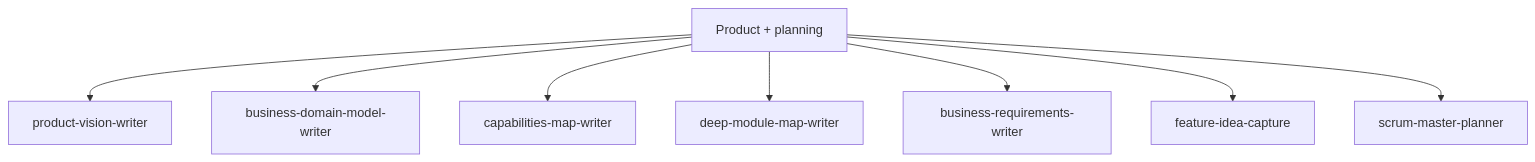
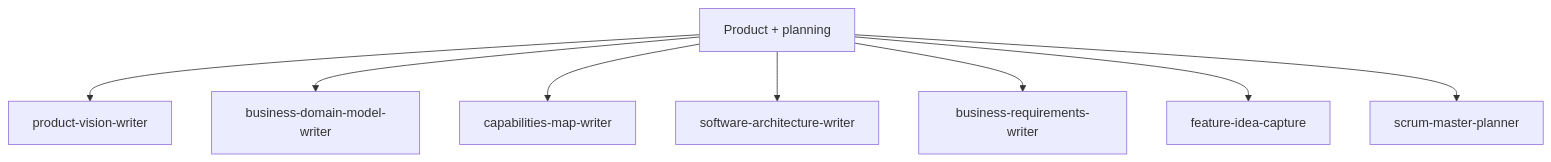
The second of 5 diagrams in README.md (juank11memphis/ai-augmented-workflow), drawn with Mermaid before and after one commit. The commit also changed other lines of this file and 57 other files, not shown here.

First line of the commit message:
feat!: replace architecture and feature design workflows with SAD and SDD

````diff
--- a/README.md
+++ b/README.md
@@ -151,11 +151,11 @@
 ```mermaid
 flowchart TB
   product["Product + planning"]
   product --> productVision["product-vision-writer"]
   product --> businessDomainModel["business-domain-model-writer"]
   product --> capabilitiesMap["capabilities-map-writer"]
-  product --> deepModuleMap["deep-module-map-writer"]
+  product --> deepModuleMap["software-architecture-writer"]
   product --> featureBrief["business-requirements-writer"]
   product --> featureIdea["feature-idea-capture"]
   product --> scrumPlanner["scrum-master-planner"]
 ```
````
